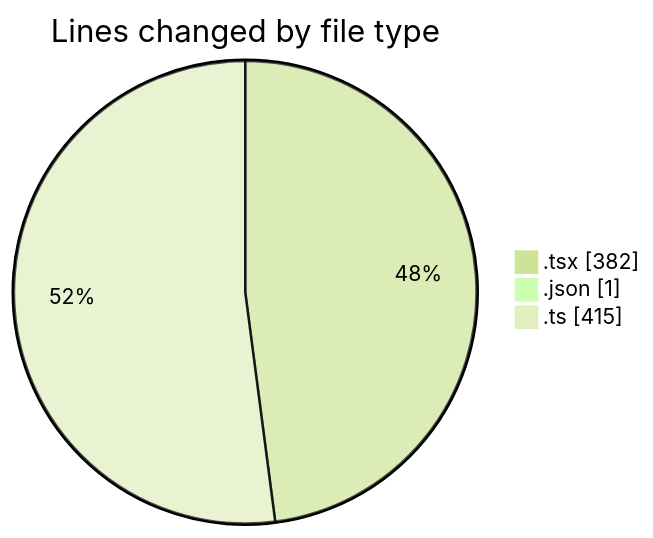
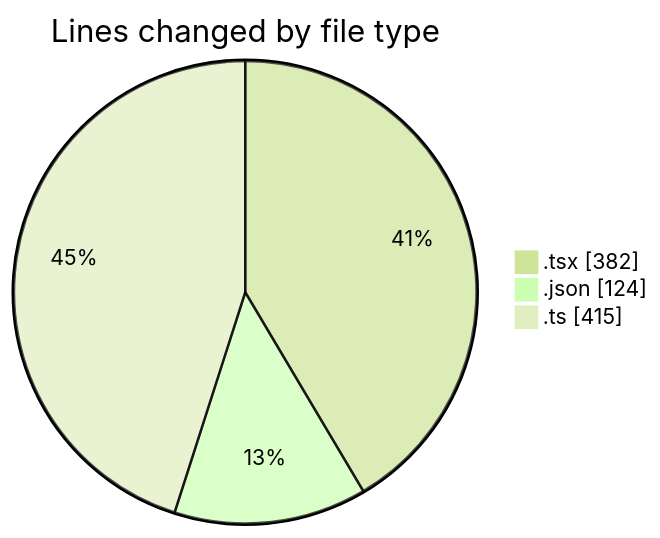
The first of 2 diagrams in 2025-11-28/eventscop-frontend-guide__workspace_/README.md (julien-gomy/code-tracking), drawn with Mermaid (forest theme) before and after one commit. The commit also changed other lines of this file and 1 other file, not shown here.

````diff
--- a/2025-11-28/eventscop-frontend-guide__workspace_/README.md
+++ b/2025-11-28/eventscop-frontend-guide__workspace_/README.md
@@ -23,7 +24,7 @@
 ```mermaid
 pie showData
 title Lines changed by file type
 ".tsx" : 382
-".json" : 1
+".json" : 124
 ".ts" : 415
 ```
````
